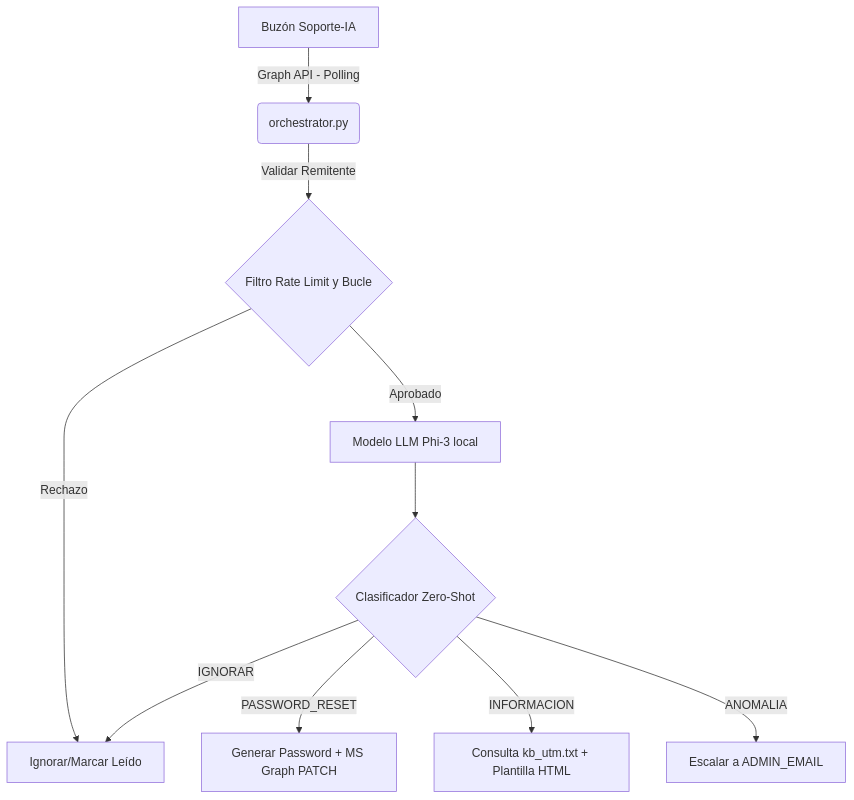
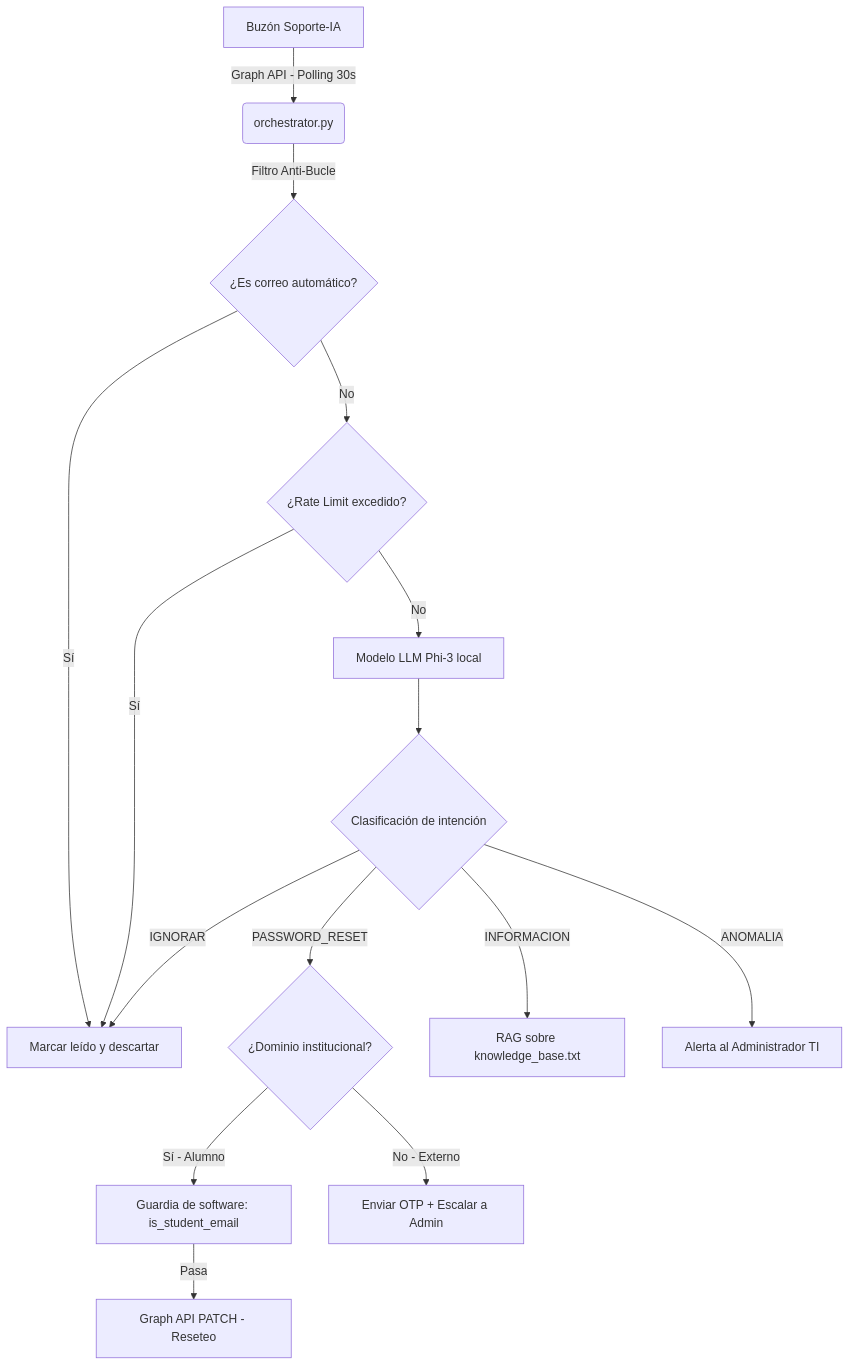
The second of 2 diagrams in README.md (Doku566/IA-SOPORTE-MICROSOFT), drawn with Mermaid before and after one commit. The commit also changed other lines of this file, not shown here.

````diff
--- a/README.md
+++ b/README.md
@@ -77,12 +117,17 @@
 ```mermaid
 graph TD;
-    A[Buzón Soporte-IA] -->|Graph API - Polling| B(orchestrator.py)
-    B -->|Validar Remitente| C{Filtro Rate Limit y Bucle}
-    C -->|Rechazo| D[Ignorar/Marcar Leído]
-    C -->|Aprobado| E[Modelo LLM Phi-3 local]
-    E --> F{Clasificador Zero-Shot}
-    F -->|PASSWORD_RESET| G[Generar Password + MS Graph PATCH]
-    F -->|INFORMACION| H[Consulta kb_utm.txt + Plantilla HTML]
-    F -->|ANOMALIA| I[Escalar a ADMIN_EMAIL]
-    F -->|IGNORAR| D
+    A[Buzón Soporte-IA] -->|Graph API - Polling 30s| B(orchestrator.py)
+    B -->|Filtro Anti-Bucle| C{¿Es correo automático?}
+    C -->|Sí| D[Marcar leído y descartar]
+    C -->|No| E{¿Rate Limit excedido?}
+    E -->|Sí| D
+    E -->|No| F[Modelo LLM Phi-3 local]
+    F --> G{Clasificación de intención}
+    G -->|PASSWORD_RESET| H{¿Dominio institucional?}
+    H -->|Sí - Alumno| I[Guardia de software: is_student_email]
+    I -->|Pasa| J[Graph API PATCH - Reseteo]
+    H -->|No - Externo| K[Enviar OTP + Escalar a Admin]
+    G -->|INFORMACION| L[RAG sobre knowledge_base.txt]
+    G -->|ANOMALIA| M[Alerta al Administrador TI]
+    G -->|IGNORAR| D
 ```
````
